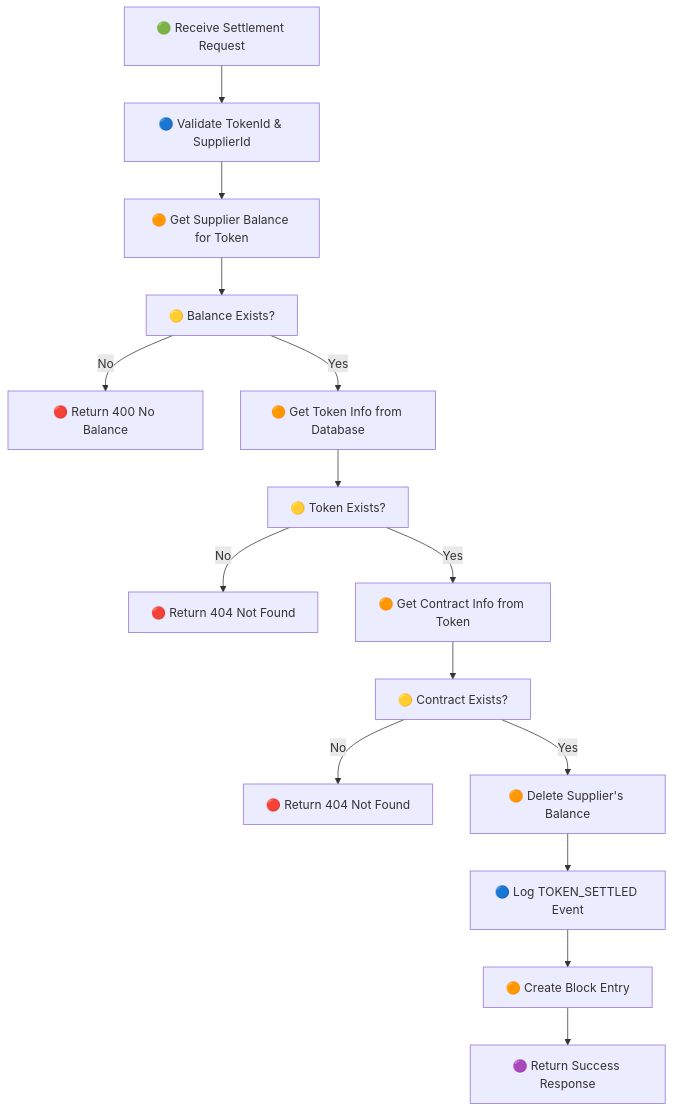
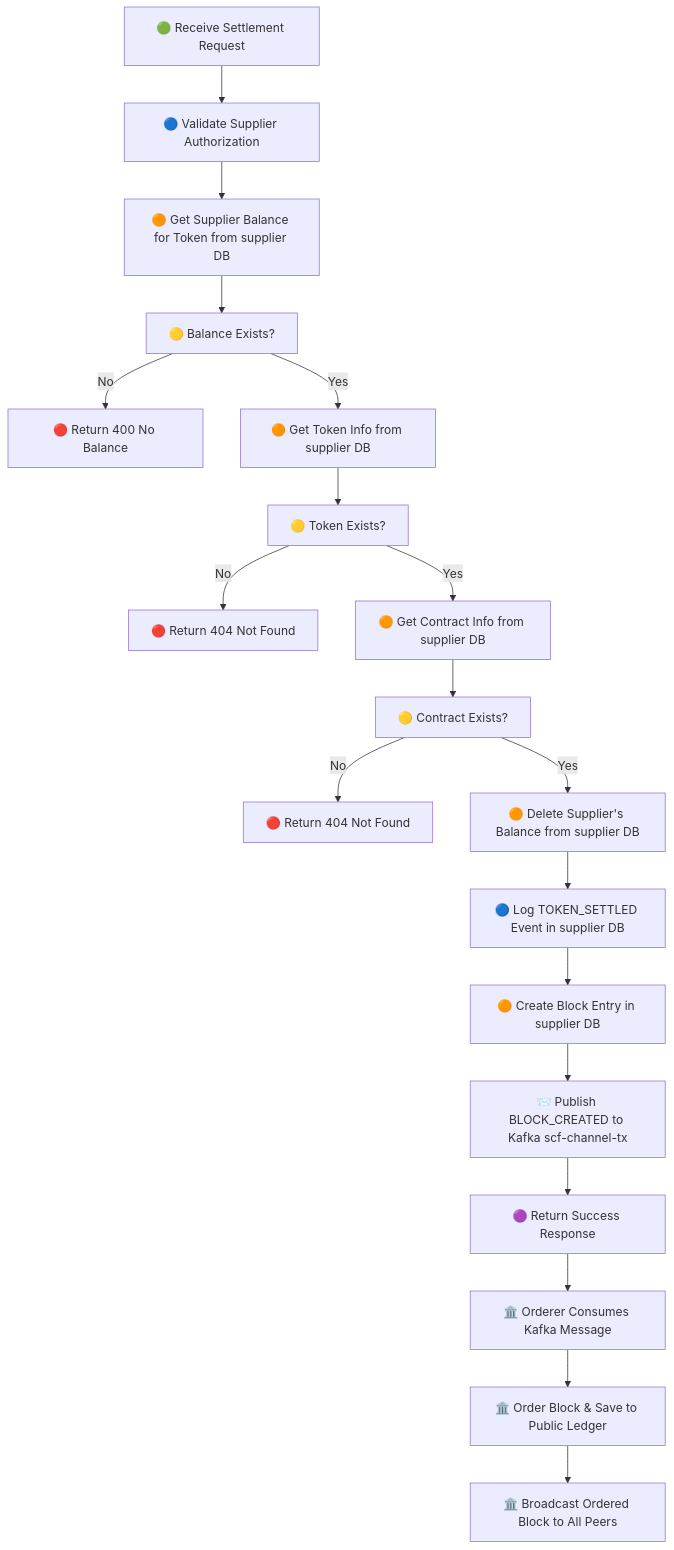
Before and after one commit to trunghc97/blockchain: the fifth of 19 diagrams in API_Flow_Diagrams.md, drawn with Mermaid. The commit also changed other lines of this file and 4 other files, not shown here.

````diff
--- a/API_Flow_Diagrams.md
+++ b/API_Flow_Diagrams.md
@@ -104,17 +140,22 @@
 ```mermaid
 flowchart TD
-    A[🟢 Receive Settlement Request] --> B[🔵 Validate TokenId & SupplierId]
-    B --> C[🟠 Get Supplier Balance for Token]
+    A[🟢 Receive Settlement Request] --> B[🔵 Validate Supplier Authorization]
+    B --> C[🟠 Get Supplier Balance for Token from supplier DB]
     C --> D[🟡 Balance Exists?]
     D -->|No| E[🔴 Return 400 No Balance]
-    D -->|Yes| F[🟠 Get Token Info from Database]
+    D -->|Yes| F[🟠 Get Token Info from supplier DB]
     F --> G[🟡 Token Exists?]
     G -->|No| H[🔴 Return 404 Not Found]
-    G -->|Yes| I[🟠 Get Contract Info from Token]
+    G -->|Yes| I[🟠 Get Contract Info from supplier DB]
     I --> J[🟡 Contract Exists?]
     J -->|No| K[🔴 Return 404 Not Found]
-    J -->|Yes| L[🟠 Delete Supplier's Balance]
-    L --> M[🔵 Log TOKEN_SETTLED Event]
-    M --> N[🟠 Create Block Entry]
-    N --> O[🟣 Return Success Response]
+    J -->|Yes| L[🟠 Delete Supplier's Balance from supplier DB]
+    L --> M[🔵 Log TOKEN_SETTLED Event in supplier DB]
+    M --> N[🟠 Create Block Entry in supplier DB]
+    N --> O[📨 Publish BLOCK_CREATED to Kafka scf-channel-tx]
+    O --> P[🟣 Return Success Response]
+
+    P --> Q[🏛️ Orderer Consumes Kafka Message]
+    Q --> R[🏛️ Order Block & Save to Public Ledger]
+    R --> S[🏛️ Broadcast Ordered Block to All Peers]
 ```
````
